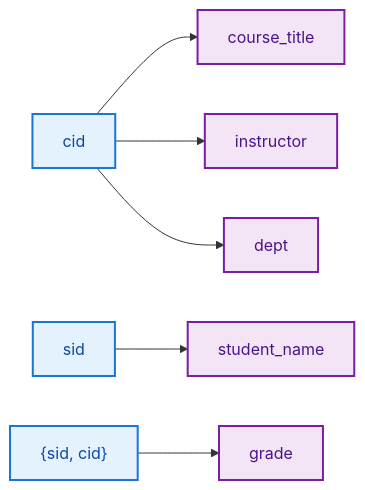
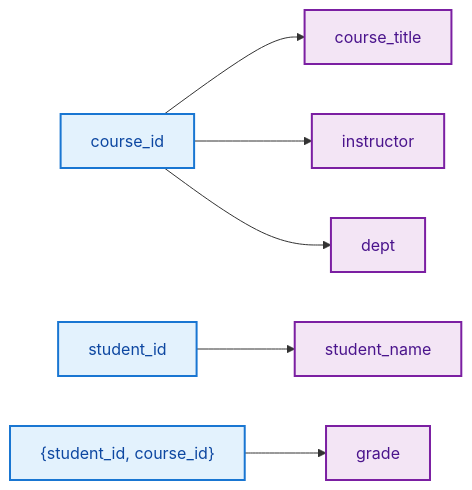
The fourth of 6 diagrams in lecture-outlines/day8-functional-dependencies/slides.md (ufdatastudio/cop5725fa26), drawn with Mermaid before and after one commit. The commit also changed other lines of this file and 33 other files, not shown here.

````diff
--- a/lecture-outlines/day8-functional-dependencies/slides.md
+++ b/lecture-outlines/day8-functional-dependencies/slides.md
@@ -201,12 +201,12 @@
 ```mermaid
 graph LR
-  CID["cid"] --> CT["course_title"]
+  CID["course_id"] --> CT["course_title"]
   CID --> I["instructor"]
   CID --> D["dept"]
-  SID["sid"] --> SN["student_name"]
-  SIDCID["{sid, cid}"] --> G["grade"]
+  SID["student_id"] --> SN["student_name"]
+  SIDCID["{student_id, course_id}"] --> G["grade"]
   classDef src fill:#e3f2fd,stroke:#1976d2,stroke-width:2px,color:#0d47a1
   classDef dep fill:#f3e5f5,stroke:#7b1fa2,stroke-width:2px,color:#4a148c
   class CID,SID,SIDCID src
   class CT,I,D,SN,G dep
 ```
````
